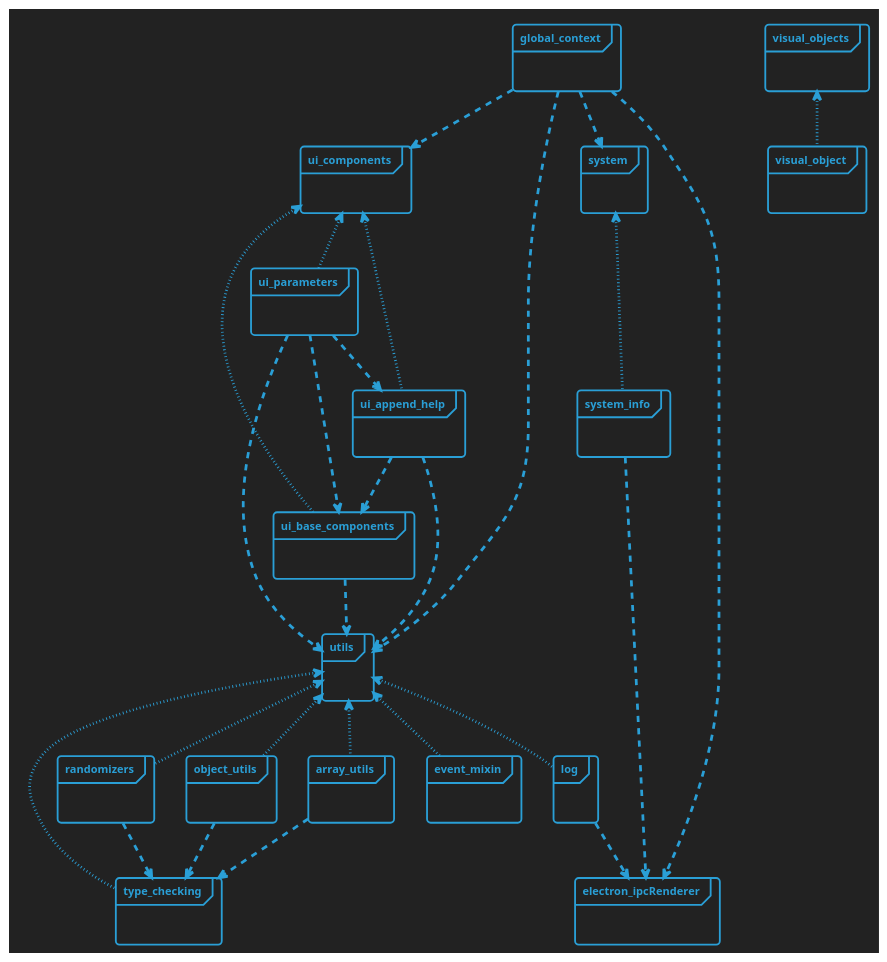
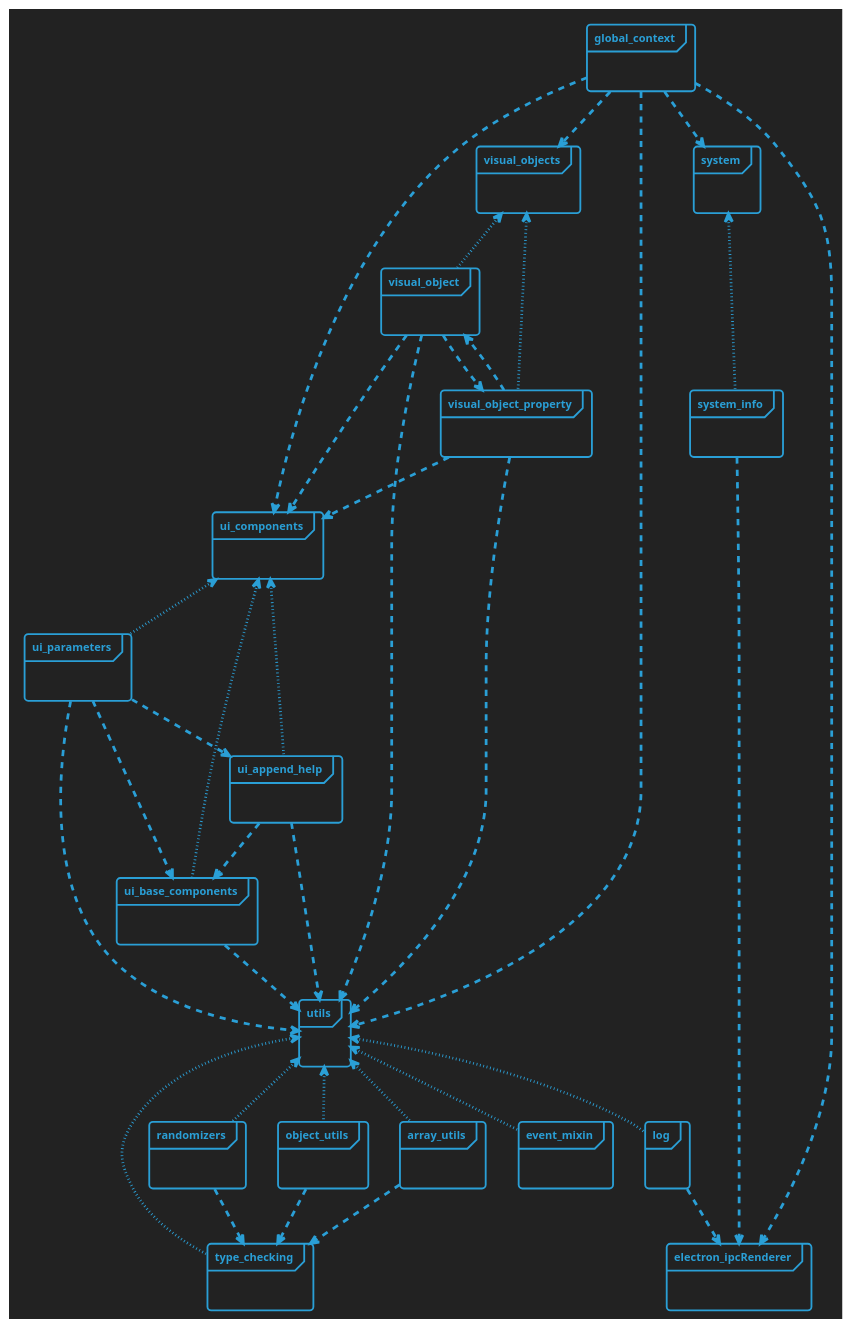
One commit to Picorims/wav2bar changed the diagram in docs/modules.plantuml. Above: the diagram before and after it, drawn with PlantUML. The commit also changed 1 other file, not shown here.

Commit message:
update modules diagram

```diff
--- a/docs/modules.plantuml
+++ b/docs/modules.plantuml
@@ -3,78 +3,88 @@
-@startuml "modules
+@startuml modules
 !theme cyborg-outline
 skinparam BackgroundColor #222222
 skinparam PackageStyle frame
 
 'package: dotted = export, otherwise = import
 
 package "global_context" {}
 global_context ..> utils
 global_context ..> ui_components
 global_context ..> system
 global_context ..> electron_ipcRenderer
+global_context ..> visual_objects
 
 
 
 package "electron_ipcRenderer" {}
 
 
 
 package "system" {}
 system <.[dotted]. system_info
 
 package "system_info" {}
 system_info ..> electron_ipcRenderer
 
 
 
 package "ui_components" {}
 ui_components <.[dotted]. ui_base_components
 ui_components <.[dotted]. ui_parameters
 ui_components <.[dotted]. ui_append_help
 
 package "ui_base_components" {}
 ui_base_components ..> utils
 
 package "ui_parameters" {}
 ui_parameters ..> utils
 ui_parameters ..> ui_base_components
 ui_parameters ..> ui_append_help
 
 package "ui_append_help" {}
 ui_append_help ..> utils
 ui_append_help ..> ui_base_components
 
 
 
 package "utils" {}
 utils <.[dotted]. type_checking
 utils <.[dotted]. randomizers
 utils <.[dotted]. array_utils
 utils <.[dotted]. log
 utils <.[dotted]. event_mixin
 utils <.[dotted]. object_utils
 
 package "array_utils" {}
 array_utils ..> type_checking
 
 package "randomizers" {}
 randomizers ..> type_checking
 
 package "type_checking" {}
 
 package "log" {}
 log ..> electron_ipcRenderer
 
 package "event_mixin" {}
 
 package "object_utils" {}
 object_utils ..> type_checking
 
 
 
 package "visual_objects" {}
 visual_objects <.[dotted]. visual_object
+visual_objects <.[dotted]. visual_object_property
 
 package "visual_object" {}
+visual_object ..> ui_components
+visual_object ..> utils
+visual_object ..> visual_object_property
+
+package "visual_object_property" {}
+visual_object_property ..> visual_object
+visual_object_property ..> utils
+visual_object_property ..> ui_components
 
 @enduml
```
